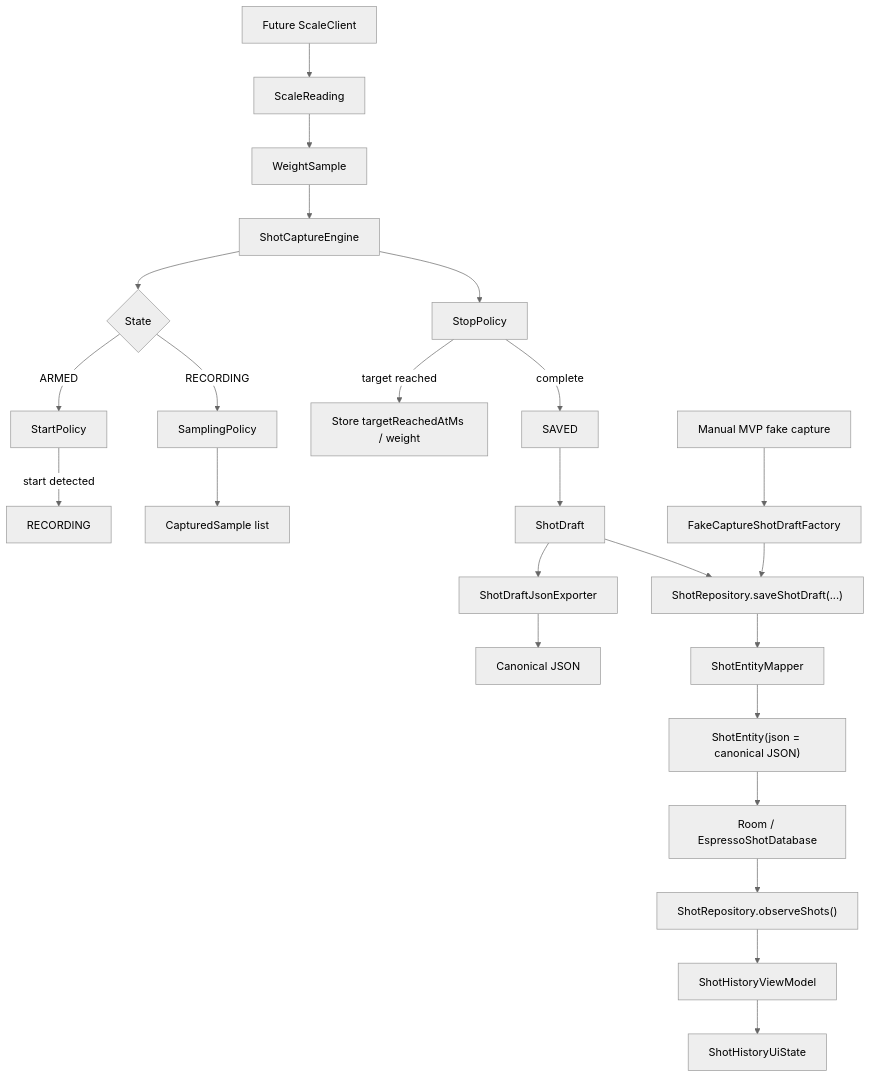
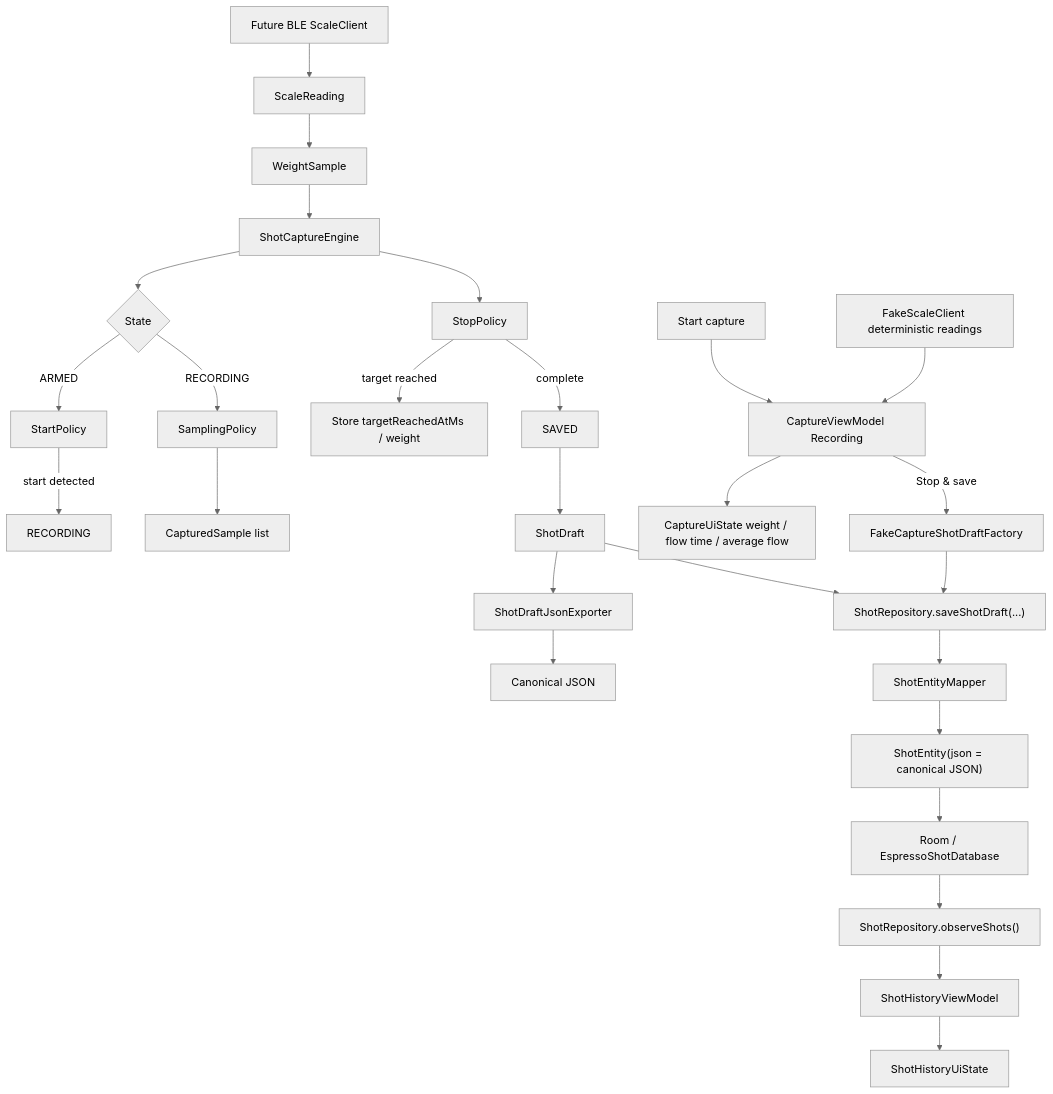
The diagram in docs/ARCHITECTURE.md (notanITler/espresso-shot-capture), drawn with Mermaid (neutral theme) before and after one commit. The commit also changed other lines of this file and 4 other files, not shown here.

Commit message:
Fix duplicate shot ids across fake capture sessions

````diff
--- a/docs/ARCHITECTURE.md
+++ b/docs/ARCHITECTURE.md
@@ -96,27 +103,30 @@
 ```mermaid
 flowchart TD
-    Z["Future ScaleClient"] --> A["ScaleReading"]
+    Z["Future BLE ScaleClient"] --> A["ScaleReading"]
     A --> B["WeightSample"]
     B --> C["ShotCaptureEngine"]
     C --> D{"State"}
     D -->|"ARMED"| E["StartPolicy"]
     E -->|"start detected"| F["RECORDING"]
     D -->|"RECORDING"| G["SamplingPolicy"]
     G --> H["CapturedSample list"]
     C --> I["StopPolicy"]
     I -->|"target reached"| J["Store targetReachedAtMs / weight"]
     I -->|"complete"| K["SAVED"]
     K --> L["ShotDraft"]
     L --> M["ShotDraftJsonExporter"]
     M --> N["Canonical JSON"]
     L --> O["ShotRepository.saveShotDraft(...)"]
     O --> P["ShotEntityMapper"]
     P --> Q["ShotEntity(json = canonical JSON)"]
     Q --> R["Room / EspressoShotDatabase"]
     R --> S["ShotRepository.observeShots()"]
     S --> T["ShotHistoryViewModel"]
     T --> U["ShotHistoryUiState"]
 
-    V["Manual MVP fake capture"] --> W["FakeCaptureShotDraftFactory"]
-    W --> O
+    V["Start capture"] --> W["CaptureViewModel Recording"]
+    X["FakeScaleClient deterministic readings"] --> W
+    W --> Y["CaptureUiState weight / flow time / average flow"]
+    W -->|"Stop & save"| AA["FakeCaptureShotDraftFactory"]
+    AA --> O
 ```
````
